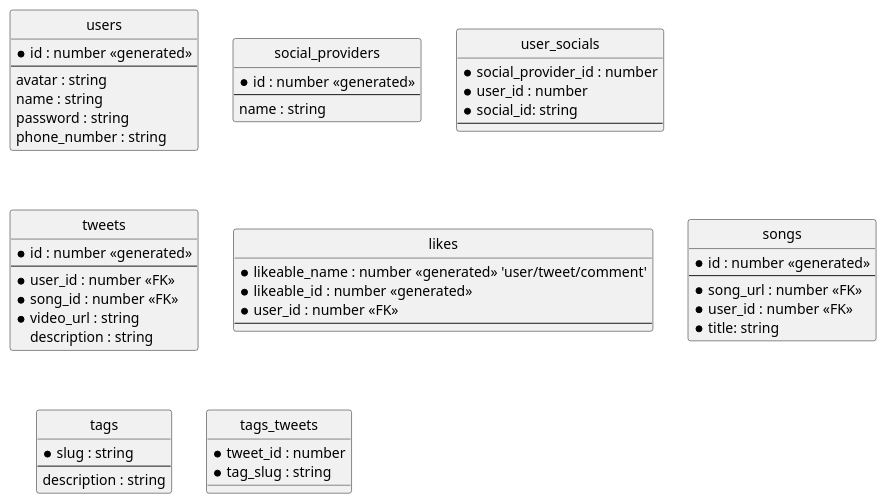
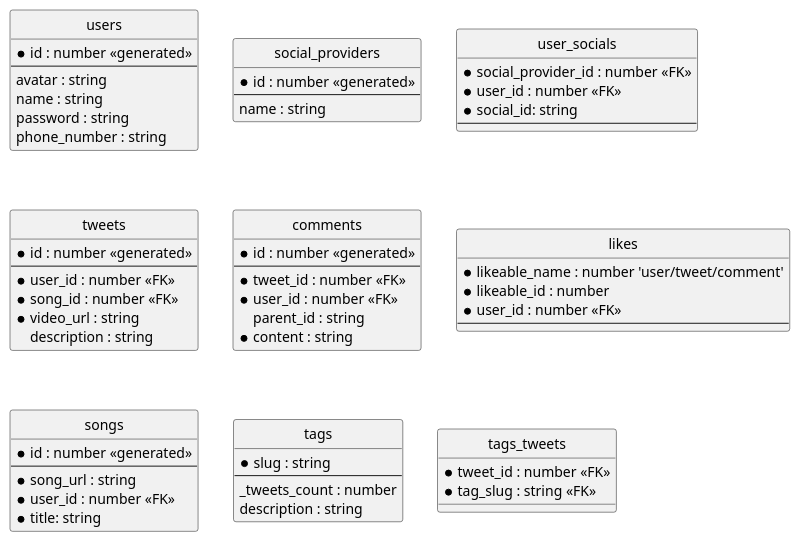
The diagram in documents/erd.puml (kmasterycsl/tiktok-clone), drawn with PlantUML before and after one commit.

Commit message:
chore: small tweaks, add comments

```diff
--- a/documents/erd.puml
+++ b/documents/erd.puml
@@ -1,66 +1,76 @@
 @startuml
 ' hide the spot
 hide circle
 ' avoid problems with angled crows feet
 skinparam linetype ortho
 
 entity "users" as users {
   *id : number <<generated>>
   --
   avatar : string
   name : string
   password : string
   phone_number : string
 }
 
 entity "social_providers" as social_providers {
   *id : number <<generated>>
   --
   name : string
 }
 
 entity "user_socials" as user_socials {
-  *social_provider_id : number
-  *user_id : number
+  *social_provider_id : number <<FK>>
+  *user_id : number <<FK>>
   *social_id: string
   --
 }
 
 entity "tweets" as tweets {
   *id : number <<generated>>
   --
   *user_id : number <<FK>>
   *song_id : number <<FK>>
   *video_url : string
   description : string
 }
 
+entity "comments" as comments {
+  *id : number <<generated>>
+  --
+  *tweet_id : number <<FK>>
+  *user_id : number <<FK>>
+  parent_id : string
+  *content : string
+}
+
 entity "likes" as likes {
-  *likeable_name : number <<generated>> 'user/tweet/comment'
-  *likeable_id : number <<generated>>
+  *likeable_name : number 'user/tweet/comment'
+  *likeable_id : number
   *user_id : number <<FK>>
   --
 }
 
 entity "songs" as songs {
   *id : number <<generated>>
   --
-  *song_url : number <<FK>>
+  *song_url : string
   *user_id : number <<FK>>
   *title: string
 }
 
 entity "tags" as tags {
   *slug : string
   --
+  _tweets_count : number
   description : string
 }
 
 entity "tags_tweets" as tags_tweets {
-  *tweet_id : number
-  *tag_slug : string
+  *tweet_id : number <<FK>>
+  *tag_slug : string <<FK>>
 }
 
 
 
 @enduml
```
